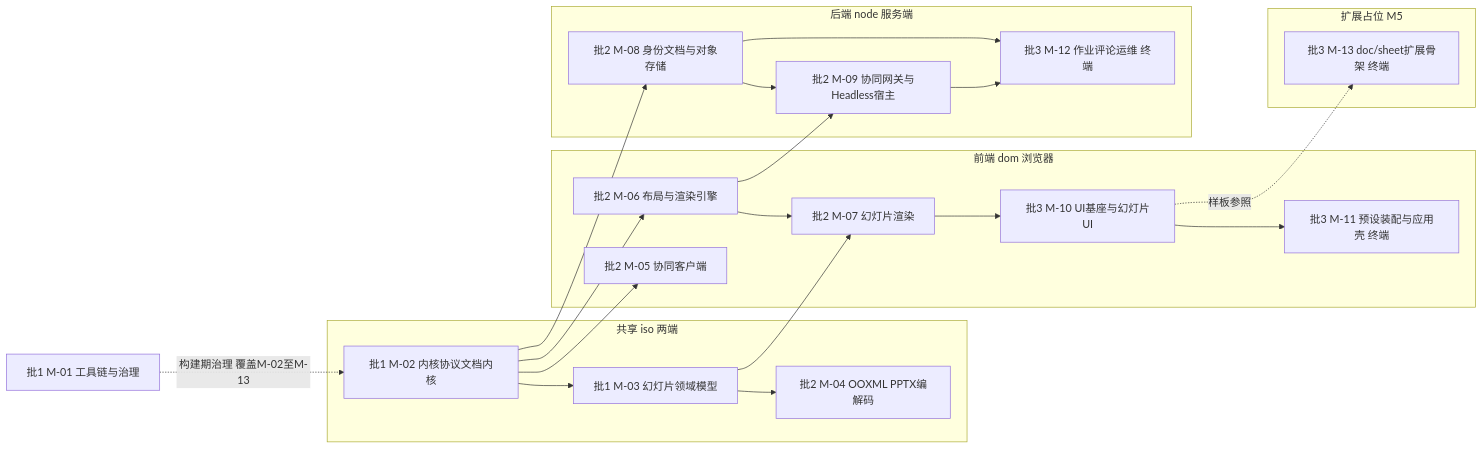
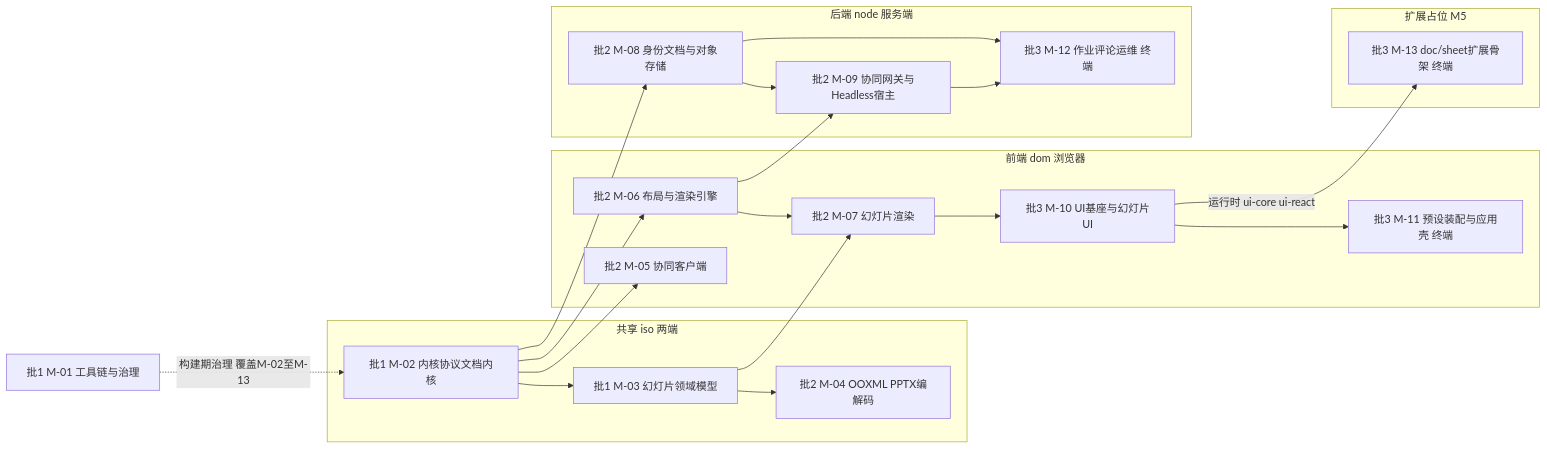
One commit to Xeonice/cordis-ppt-editor changed the second of 3 diagrams in docs/40-modules/README.md. Above: the diagram before and after it, drawn with Mermaid. The commit also changed other lines of this file and 22 other files, not shown here.

First line of the commit message:
docs(modules): 新增架构图集 18/19，补图并按 §4.18 回写模块设计线

````diff
--- a/docs/40-modules/README.md
+++ b/docs/40-modules/README.md
@@ -66,39 +70,39 @@
 ```mermaid
 flowchart LR
 m01["批1 M-01 工具链与治理"]
 subgraph isolane["共享 iso 两端"]
 m02["批1 M-02 内核协议文档内核"]
 m03["批1 M-03 幻灯片领域模型"]
 m04["批2 M-04 OOXML PPTX编解码"]
 end
 subgraph domlane["前端 dom 浏览器"]
 m05["批2 M-05 协同客户端"]
 m06["批2 M-06 布局与渲染引擎"]
 m07["批2 M-07 幻灯片渲染"]
 m10["批3 M-10 UI基座与幻灯片UI"]
 m11["批3 M-11 预设装配与应用壳 终端"]
 end
 subgraph nodelane["后端 node 服务端"]
 m08["批2 M-08 身份文档与对象存储"]
 m09["批2 M-09 协同网关与Headless宿主"]
 m12["批3 M-12 作业评论运维 终端"]
 end
 subgraph m5lane["扩展占位 M5"]
 m13["批3 M-13 doc/sheet扩展骨架 终端"]
 end
 m01 -. "构建期治理 覆盖M-02至M-13" .-> m02
 m02 --> m03
 m03 --> m04
 m02 --> m05
 m02 --> m06
 m03 --> m07
 m06 --> m07
 m02 --> m08
 m08 --> m09
 m06 --> m09
 m07 --> m10
 m10 --> m11
 m09 --> m12
 m08 --> m12
-m10 -. "样板参照" .-> m13
+m10 -- "运行时 ui-core ui-react" --> m13
 ```
````
